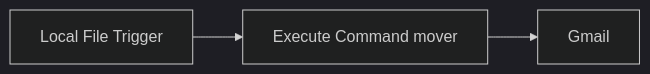
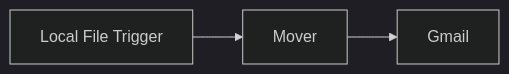
One commit to gracobjo/n8n changed diagram 12 of 12 in documentacion-workflows-sistemas.md. Above: the diagram before and after it, drawn with Mermaid (dark theme). The commit also changed other lines of this file and 3 other files, not shown here.

First line of the commit message:
docs: add user/developer manuals and complete sistemas UML specs

````diff
--- a/documentacion-workflows-sistemas.md
+++ b/documentacion-workflows-sistemas.md
@@ -369,5 +657,5 @@
 ```mermaid
 flowchart LR
-  T[Local File Trigger] --> M[Execute Command mover]
+  T[Local File Trigger] --> M[Mover]
   M --> G[Gmail]
 ```
````
